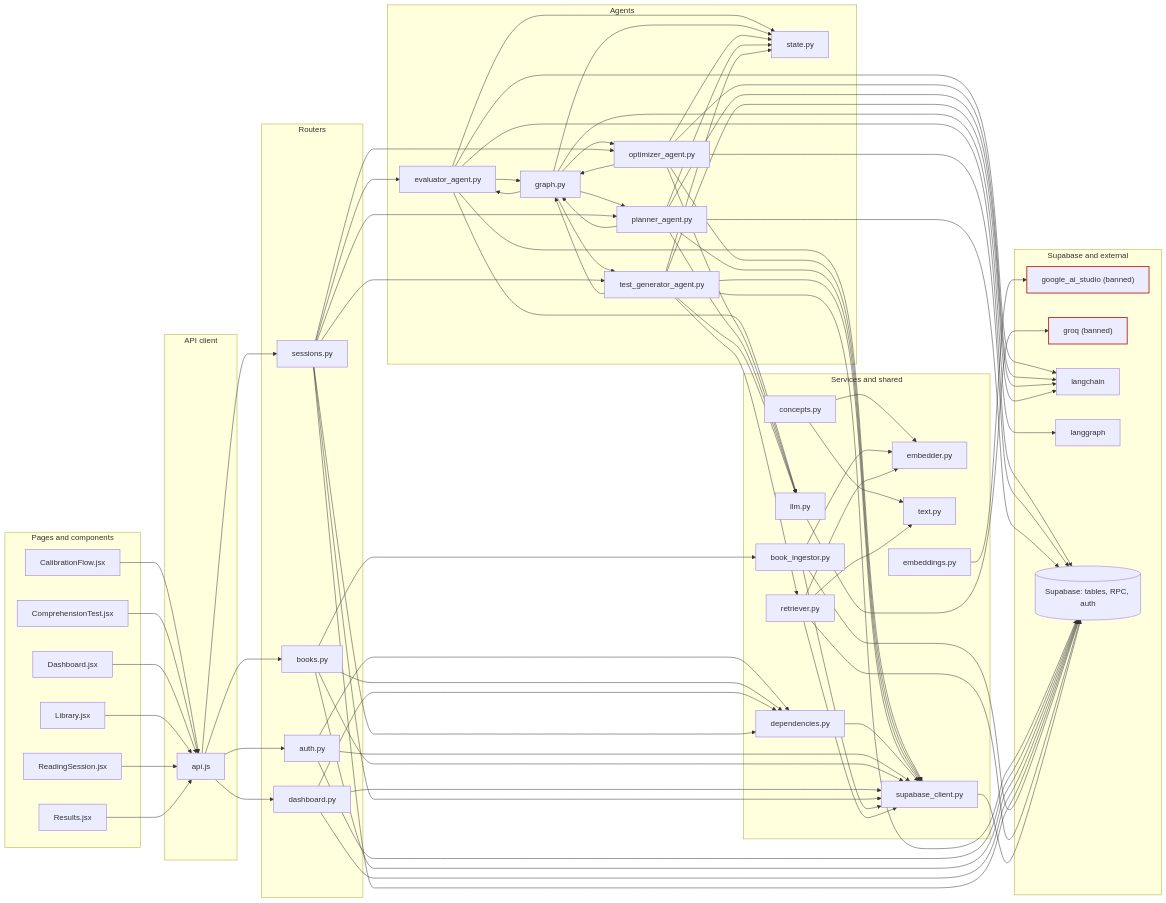
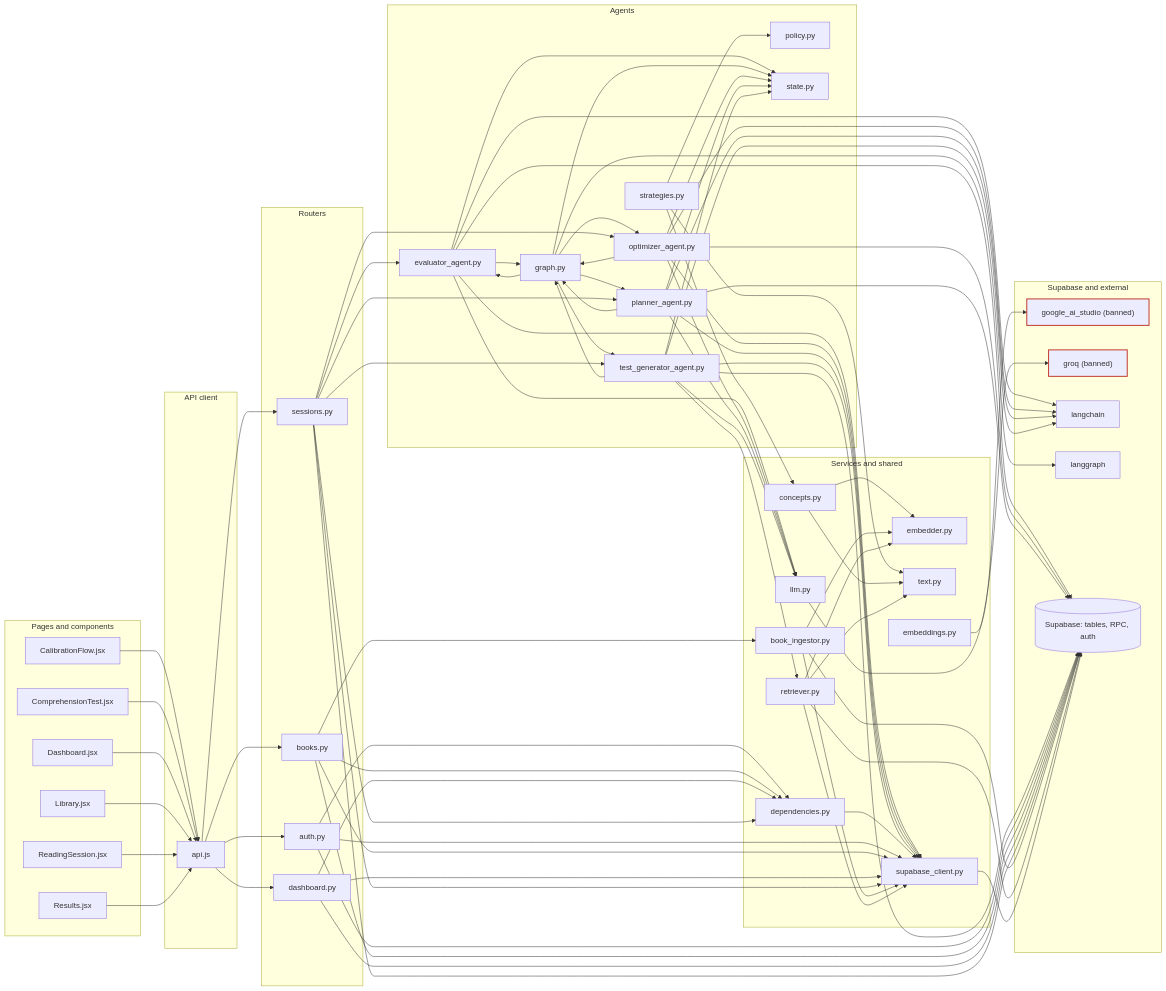
One commit to asparagusD/readfocus changed the first of 2 diagrams in docs/repo-graph/REPO_MAP.md. Above: the diagram before and after it, drawn with Mermaid. The commit also changed other lines of this file and 9 other files, not shown here.

First line of the commit message:
feat(agents): add extractive question generation strategies

```diff
--- a/docs/repo-graph/REPO_MAP.md
+++ b/docs/repo-graph/REPO_MAP.md
@@ -34,6 +34,8 @@
     file_backend_agents_graph_py["graph.py"]
     file_backend_agents_optimizer_agent_py["optimizer_agent.py"]
     file_backend_agents_planner_agent_py["planner_agent.py"]
+    file_backend_agents_policy_py["policy.py"]
+    file_backend_agents_question_generation_strategies_py["strategies.py"]
     file_backend_agents_state_py["state.py"]
     file_backend_agents_test_generator_agent_py["test_generator_agent.py"]
   end
@@ -79,6 +81,9 @@
   file_backend_agents_planner_agent_py --> file_backend_services_llm_py
   file_backend_agents_planner_agent_py --> file_backend_services_supabase_client_py
   file_backend_agents_planner_agent_py --> supabase
+  file_backend_agents_question_generation_strategies_py --> file_backend_agents_policy_py
+  file_backend_agents_question_generation_strategies_py --> file_backend_nlp_concepts_py
+  file_backend_agents_question_generation_strategies_py --> file_backend_nlp_text_py
   file_backend_agents_test_generator_agent_py --> external_langchain
   file_backend_agents_test_generator_agent_py --> file_backend_agents_graph_py
   file_backend_agents_test_generator_agent_py --> file_backend_agents_state_py
```
